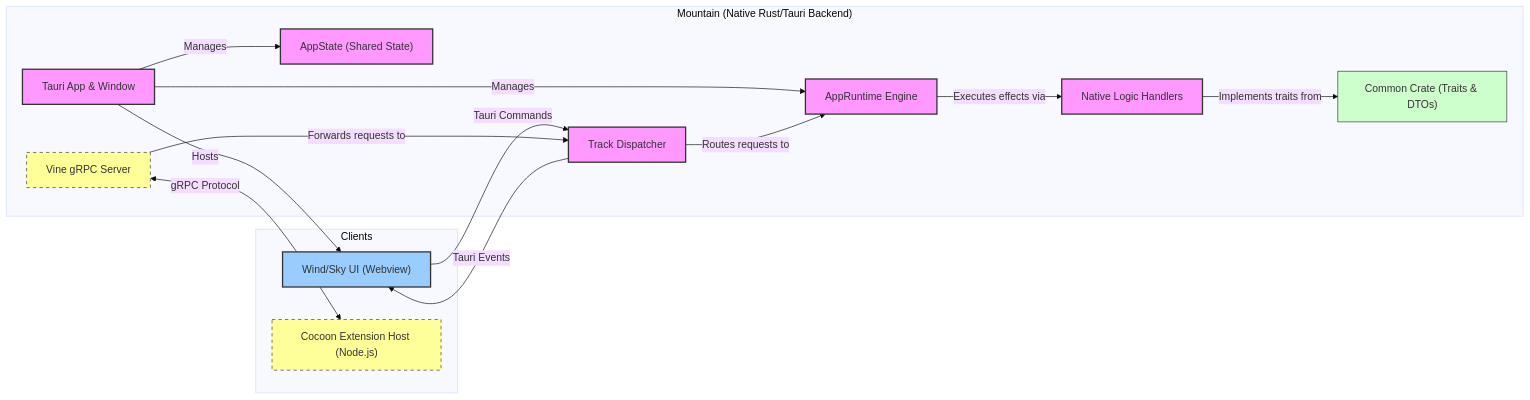
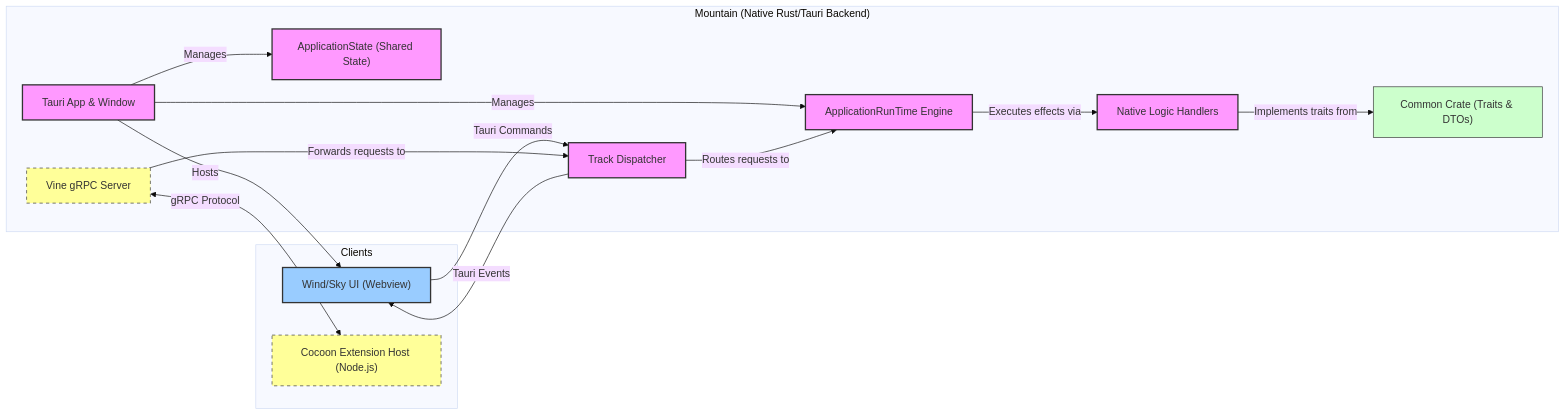
The diagram in README.md (CodeEditorLand/Mountain), drawn with Mermaid (base theme) before and after one commit. The commit also changed other lines of this file and 95 other files, not shown here.

````diff
--- a/README.md
+++ b/README.md
@@ -89,37 +89,37 @@
 ```mermaid
 graph LR
     classDef mountain fill:#f9f,stroke:#333,stroke-width:2px;
     classDef cocoon fill:#ccf,stroke:#333,stroke-width:2px;
     classDef wind fill:#9cf,stroke:#333,stroke-width:2px;
     classDef common fill:#cfc,stroke:#333,stroke-width:1px;
     classDef ipc fill:#ff9,stroke:#333,stroke-width:1px,stroke-dasharray: 5 5;
 
     subgraph "Mountain (Native Rust/Tauri Backend)"
         TauriRuntime[Tauri App & Window]:::mountain
-        AppRuntime[AppRuntime Engine]:::mountain
-        AppState["AppState (Shared State)"]:::mountain
+        ApplicationRunTime[ApplicationRunTime Engine]:::mountain
+        ApplicationState["ApplicationState (Shared State)"]:::mountain
         TrackDispatcher[Track Dispatcher]:::mountain
-        VineGRPC[Vine gRPC Server]:::ipc
+        VinegRPC[Vine gRPC Server]:::ipc
         NativeHandlers[Native Logic Handlers]:::mountain
         CommonCrate["Common Crate (Traits & DTOs)"]:::common
 
-        TauriRuntime -- Manages --> AppState
-        TauriRuntime -- Manages --> AppRuntime
-        AppRuntime -- Executes effects via --> NativeHandlers
-        TrackDispatcher -- Routes requests to --> AppRuntime
+        TauriRuntime -- Manages --> ApplicationState
+        TauriRuntime -- Manages --> ApplicationRunTime
+        ApplicationRunTime -- Executes effects via --> NativeHandlers
+        TrackDispatcher -- Routes requests to --> ApplicationRunTime
     end
 
     subgraph "Clients"
         WindUI["Wind/Sky UI (Webview)"]:::wind
         CocoonSidecar["Cocoon Extension Host (Node.js)"]:::cocoon
     end
 
     TauriRuntime -- Hosts --> WindUI
     WindUI -- Tauri Commands --> TrackDispatcher
     TrackDispatcher -- Tauri Events --> WindUI
 
-    VineGRPC -- gRPC Protocol <--> CocoonSidecar; class VineGRPC,CocoonSidecar ipc
-    VineGRPC -- Forwards requests to --> TrackDispatcher
+    VinegRPC -- gRPC Protocol <--> CocoonSidecar; class VinegRPC,CocoonSidecar ipc
+    VinegRPC -- Forwards requests to --> TrackDispatcher
 
     NativeHandlers -- Implements traits from --> CommonCrate
 ```
````
